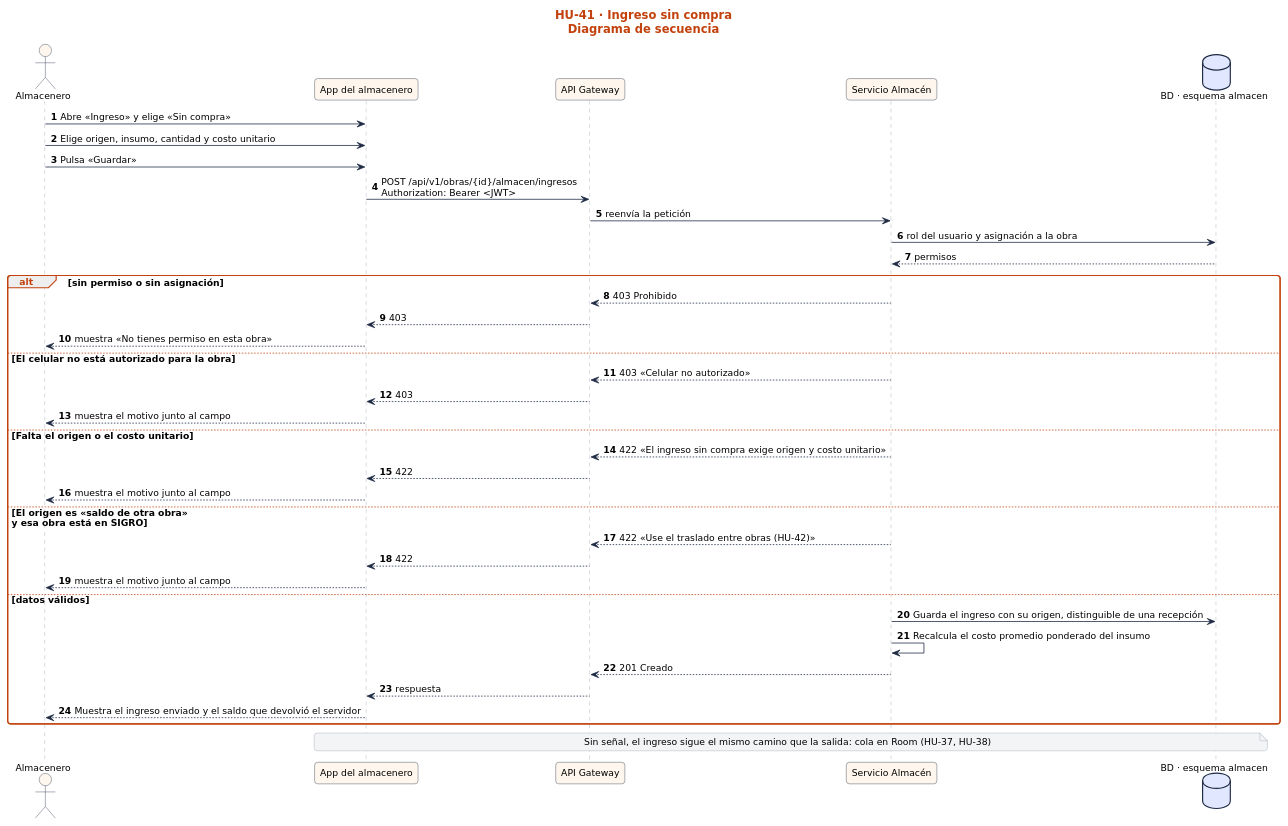
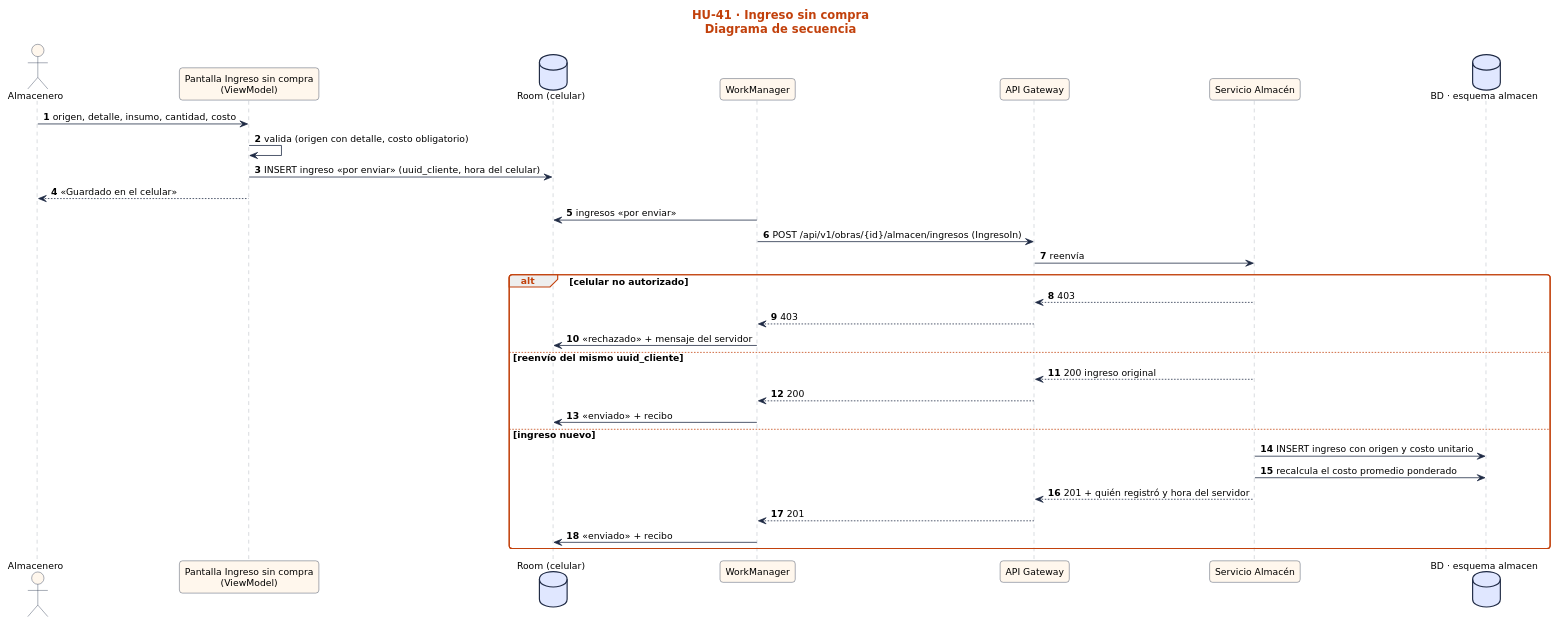
Before and after one commit to nandoestebanif/sevens-sigro: the diagram in docs/sprint-2/diagramas-hu/hu-41-ingreso-sin-compra/secuencia.puml, drawn with PlantUML. The commit also changed 3 other files, not shown here.

First line of the commit message:
docs(HU-41): diagramas de actividades y secuencia según el código de la app

```diff
--- a/docs/sprint-2/diagramas-hu/hu-41-ingreso-sin-compra/secuencia.puml
+++ b/docs/sprint-2/diagramas-hu/hu-41-ingreso-sin-compra/secuencia.puml
@@ -1,72 +1,65 @@
 @startuml
 skinparam defaultFontName "DejaVu Sans"
 skinparam defaultFontSize 12
 skinparam shadowing false
 skinparam roundCorner 8
 skinparam ArrowColor #1F2A44
 skinparam ActivityBorderColor #1F2A44
 skinparam ActivityBackgroundColor #FFF7ED
 skinparam ActivityDiamondBackgroundColor #FEF3C7
 skinparam ActivityDiamondBorderColor #92400E
 skinparam SwimlaneTitleFontStyle bold
 skinparam SwimlaneTitleFontColor #1F2A44
 skinparam SwimlaneBorderColor #9CA3AF
 skinparam PartitionBorderColor #9CA3AF
 skinparam ParticipantBorderColor #1F2A44
 skinparam ParticipantBackgroundColor #FFF7ED
 skinparam ActorBorderColor #1F2A44
 skinparam ActorBackgroundColor #FFF7ED
 skinparam DatabaseBorderColor #1F2A44
 skinparam DatabaseBackgroundColor #E0E7FF
 skinparam SequenceLifeLineBorderColor #9CA3AF
 skinparam SequenceGroupBorderColor #C2410C
 skinparam SequenceGroupHeaderFontColor #C2410C
 skinparam StateBorderColor #1F2A44
 skinparam StateBackgroundColor #FFF7ED
 skinparam StateStartColor #1F2A44
 skinparam StateEndColor #1F2A44
 skinparam NoteBackgroundColor #F3F4F6
 skinparam NoteBorderColor #9CA3AF
 skinparam TitleFontSize 15
 skinparam TitleFontColor #C2410C
 skinparam ClassBorderColor #1F2A44
 skinparam ClassBackgroundColor #FFF7ED
 title HU-41 · Ingreso sin compra\nDiagrama de secuencia
 autonumber
 actor "Almacenero" as U
-participant "App del almacenero" as UI
+participant "Pantalla Ingreso sin compra\n(ViewModel)" as UI
+database "Room (celular)" as RM
+participant "WorkManager" as WM
 participant "API Gateway" as GW
-participant "Servicio Almacén" as S
+participant "Servicio Almacén" as SA
 database "BD · esquema almacen" as BD
-U -> UI : Abre «Ingreso» y elige «Sin compra»
-U -> UI : Elige origen, insumo, cantidad y costo unitario
-U -> UI : Pulsa «Guardar»
-UI -> GW : POST /api/v1/obras/{id}/almacen/ingresos\nAuthorization: Bearer <JWT>
-GW -> S : reenvía la petición
-S -> BD : rol del usuario y asignación a la obra
-BD --> S : permisos
-alt sin permiso o sin asignación
-  S --> GW : 403 Prohibido
-  GW --> UI : 403
-  UI --> U : muestra «No tienes permiso en esta obra»
-else El celular no está autorizado para la obra
-  S --> GW : 403 «Celular no autorizado»
-  GW --> UI : 403
-  UI --> U : muestra el motivo junto al campo
-else Falta el origen o el costo unitario
-  S --> GW : 422 «El ingreso sin compra exige origen y costo unitario»
-  GW --> UI : 422
-  UI --> U : muestra el motivo junto al campo
-else El origen es «saldo de otra obra»\ny esa obra está en SIGRO
-  S --> GW : 422 «Use el traslado entre obras (HU-42)»
-  GW --> UI : 422
-  UI --> U : muestra el motivo junto al campo
-else datos válidos
-  S -> BD : Guarda el ingreso con su origen, distinguible de una recepción
-  S -> S : Recalcula el costo promedio ponderado del insumo
-  S --> GW : 201 Creado
-  GW --> UI : respuesta
-  UI --> U : Muestra el ingreso enviado y el saldo que devolvió el servidor
+U -> UI : origen, detalle, insumo, cantidad, costo
+UI -> UI : valida (origen con detalle, costo obligatorio)
+UI -> RM : INSERT ingreso «por enviar» (uuid_cliente, hora del celular)
+UI --> U : «Guardado en el celular»
+WM -> RM : ingresos «por enviar»
+WM -> GW : POST /api/v1/obras/{id}/almacen/ingresos (IngresoIn)
+GW -> SA : reenvía
+alt celular no autorizado
+  SA --> GW : 403
+  GW --> WM : 403
+  WM -> RM : «rechazado» + mensaje del servidor
+else reenvío del mismo uuid_cliente
+  SA --> GW : 200 ingreso original
+  GW --> WM : 200
+  WM -> RM : «enviado» + recibo
+else ingreso nuevo
+  SA -> BD : INSERT ingreso con origen y costo unitario
+  SA -> BD : recalcula el costo promedio ponderado
+  SA --> GW : 201 + quién registró y hora del servidor
+  GW --> WM : 201
+  WM -> RM : «enviado» + recibo
 end
-note over UI, BD : Sin señal, el ingreso sigue el mismo camino que la salida: cola en Room (HU-37, HU-38)
 @enduml
```
